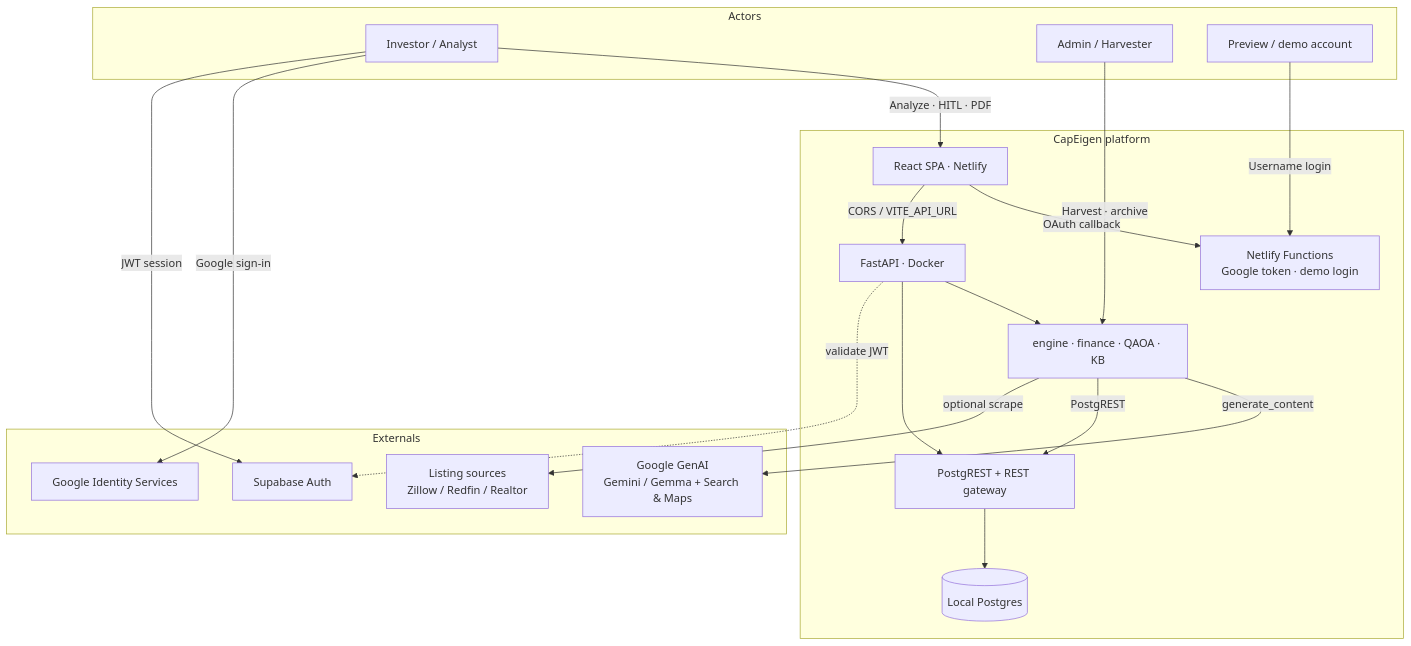
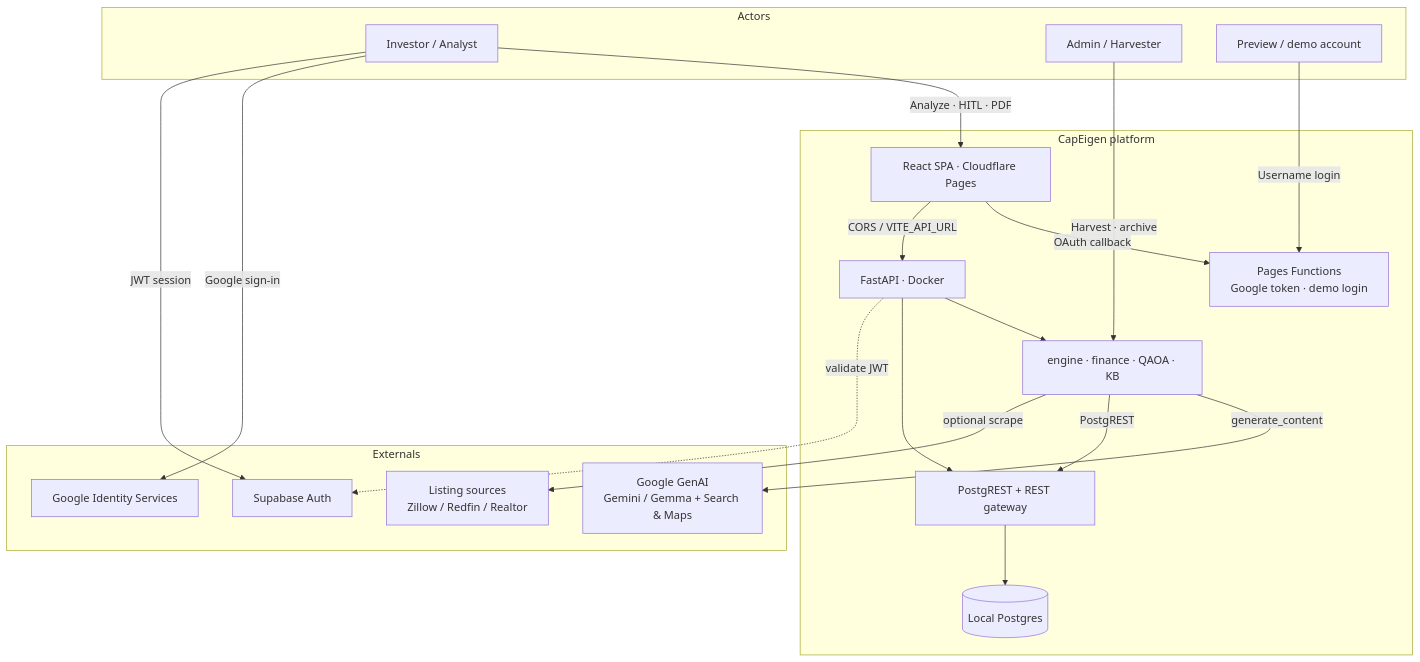
Before and after one commit to Preebg/RealEstateAI: the first of 12 diagrams in README.md, drawn with Mermaid. The commit also changed other lines of this file and 20 other files, not shown here.

First line of the commit message:
Migrate deployment from Netlify to Pages

````diff
--- a/README.md
+++ b/README.md
@@ -59,38 +59,38 @@
 ```mermaid
 flowchart TB
     subgraph Actors
         INV[Investor / Analyst]
         ADM[Admin / Harvester]
         DEMO[Preview / demo account]
     end
 
     subgraph CapEigen["CapEigen platform"]
-        SPA[React SPA · Netlify]
-        NF[Netlify Functions<br/>Google token · demo login]
+        SPA[React SPA · Cloudflare Pages]
+        NF[Pages Functions<br/>Google token · demo login]
         API[FastAPI · Docker]
         CORE[engine · finance · QAOA · KB]
         PG[(Local Postgres)]
         PGR[PostgREST + REST gateway]
     end
 
     subgraph Externals
         GEM[Google GenAI<br/>Gemini / Gemma + Search & Maps]
         AUTH[Supabase Auth]
         GOOG[Google Identity Services]
         LIST[Listing sources<br/>Zillow / Redfin / Realtor]
     end
 
     INV -->|Analyze · HITL · PDF| SPA
     INV -->|Google sign-in| GOOG
     DEMO -->|Username login| NF
     SPA -->|OAuth callback| NF
     SPA -->|CORS / VITE_API_URL| API
     INV -->|JWT session| AUTH
     ADM -->|Harvest · archive| CORE
     API --> CORE
     API --> PGR --> PG
     CORE -->|generate_content| GEM
     CORE -->|PostgREST| PGR
     CORE -->|optional scrape| LIST
     API -.->|validate JWT| AUTH
 ```
````
